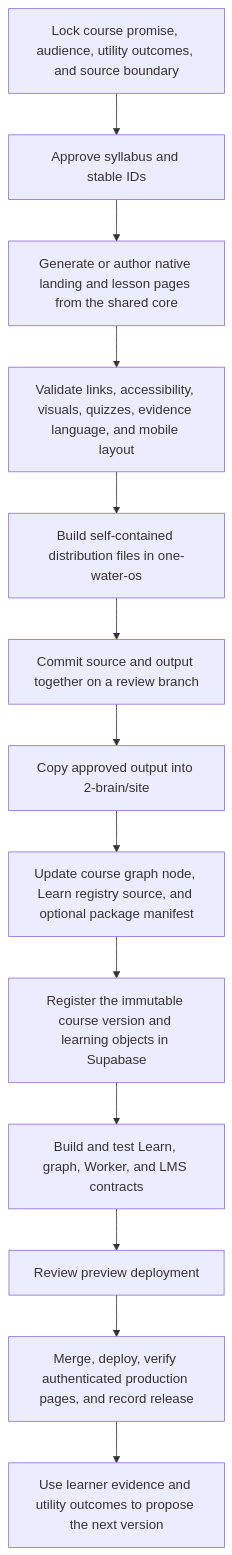
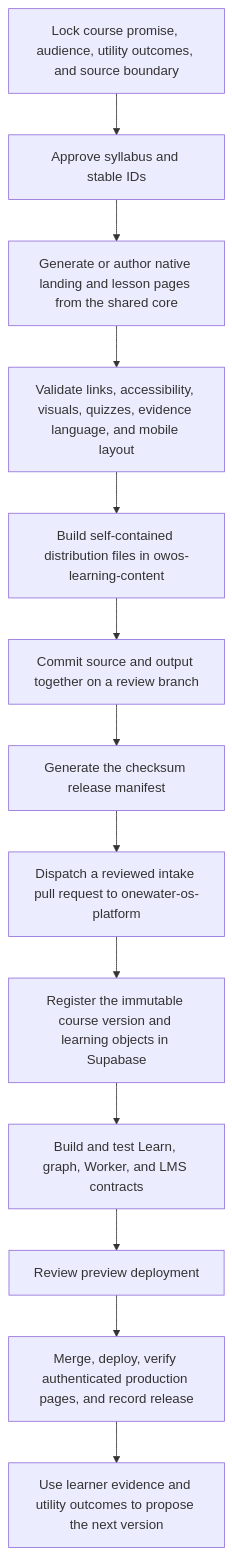
One commit to hpad66-pixel/owos-learning-content changed the second of 2 diagrams in docs/OWOS-COURSE-TO-LEARN-ARCHITECTURE.md. Above: the diagram before and after it, drawn with Mermaid. The commit also changed other lines of this file, not shown here.

Commit message:
Document automated course intake architecture

````diff
--- a/docs/OWOS-COURSE-TO-LEARN-ARCHITECTURE.md
+++ b/docs/OWOS-COURSE-TO-LEARN-ARCHITECTURE.md
@@ -171,15 +171,15 @@
 ```mermaid
 flowchart TD
     A["Lock course promise, audience, utility outcomes, and source boundary"] --> B["Approve syllabus and stable IDs"]
     B --> C["Generate or author native landing and lesson pages from the shared core"]
     C --> D["Validate links, accessibility, visuals, quizzes, evidence language, and mobile layout"]
-    D --> E["Build self-contained distribution files in one-water-os"]
+    D --> E["Build self-contained distribution files in owos-learning-content"]
     E --> F["Commit source and output together on a review branch"]
-    F --> G["Copy approved output into 2-brain/site"]
-    G --> H["Update course graph node, Learn registry source, and optional package manifest"]
+    F --> G["Generate the checksum release manifest"]
+    G --> H["Dispatch a reviewed intake pull request to onewater-os-platform"]
     H --> I["Register the immutable course version and learning objects in Supabase"]
     I --> J["Build and test Learn, graph, Worker, and LMS contracts"]
     J --> K["Review preview deployment"]
     K --> L["Merge, deploy, verify authenticated production pages, and record release"]
     L --> M["Use learner evidence and utility outcomes to propose the next version"]
 ```
````
